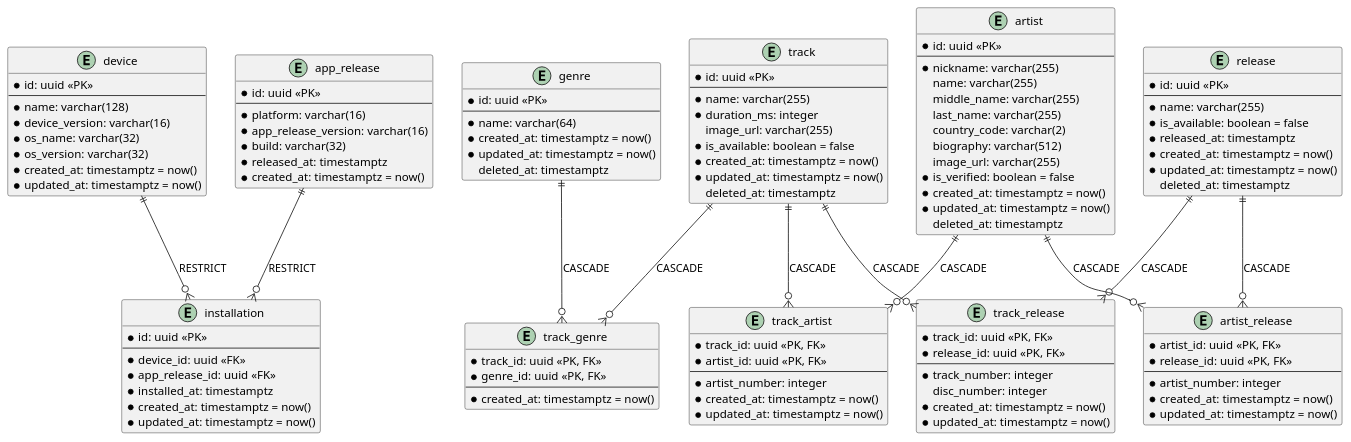
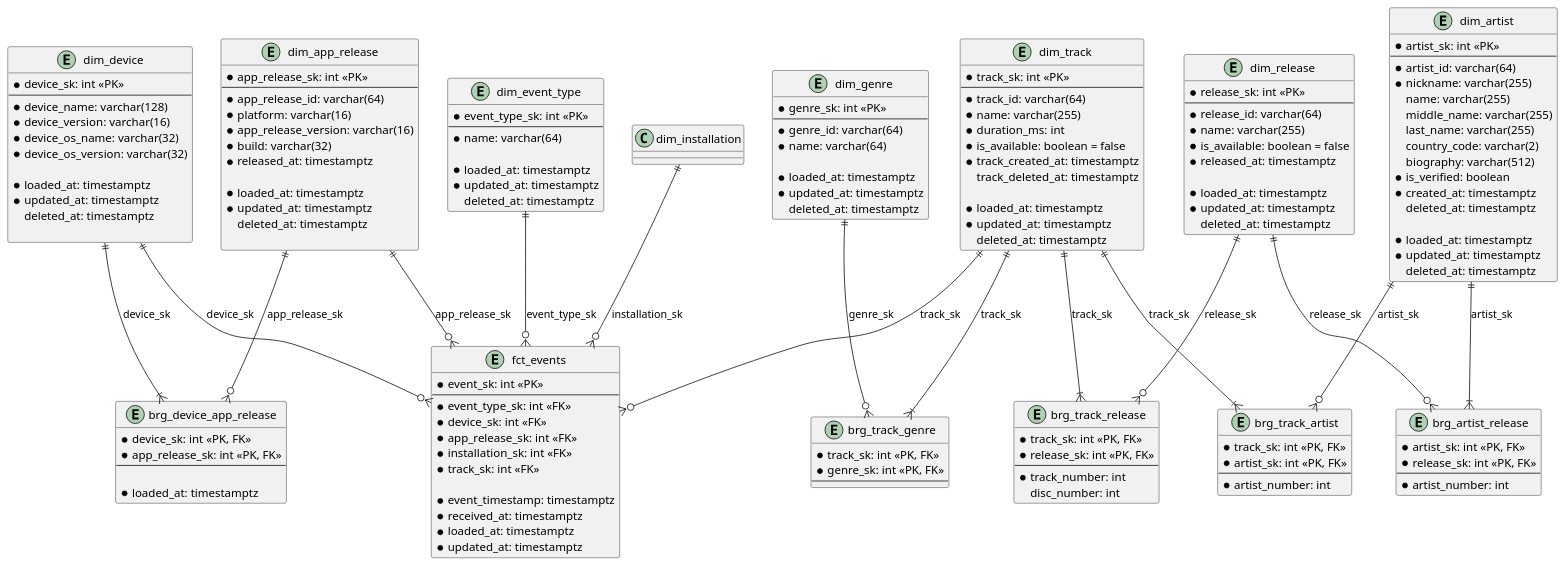
One commit to SINdeletE/music-stream-flow changed the diagram in sql/dwh/docs/ddl.puml. Above: the diagram before and after it, drawn with PlantUML. The commit also changed 1 other file, not shown here.

```diff
--- a/sql/dwh/docs/ddl.puml
+++ b/sql/dwh/docs/ddl.puml
@@ -1,132 +1,176 @@
 @startuml
 
-entity device {
-    * id: uuid <<PK>>
+' Dimentions
+entity dim_device {
+    * device_sk: int <<PK>>
     --
-    * name: varchar(128)
+    * device_name: varchar(128)
     * device_version: varchar(16)
-    * os_name: varchar(32)
-    * os_version: varchar(32)
-    * created_at: timestamptz = now()
-    * updated_at: timestamptz = now()
+    * device_os_name: varchar(32)
+    * device_os_version: varchar(32)
+
+    * loaded_at: timestamptz
+    * updated_at: timestamptz
+    deleted_at: timestamptz
+
 }
 
-entity app_release {
-    * id: uuid <<PK>>
+entity dim_app_release {
+    * app_release_sk: int <<PK>>
     --
+    * app_release_id: varchar(64)
     * platform: varchar(16)
     * app_release_version: varchar(16)
     * build: varchar(32)
     * released_at: timestamptz
-    * created_at: timestamptz = now()
+
+    * loaded_at: timestamptz
+    * updated_at: timestamptz
+    deleted_at: timestamptz
+
 }
 
-entity installation {
-    * id: uuid <<PK>>
+entity dim_track {
+    * track_sk: int <<PK>>
     --
-    * device_id: uuid <<FK>>
-    * app_release_id: uuid <<FK>>
-    * installed_at: timestamptz
-    * created_at: timestamptz = now()
-    * updated_at: timestamptz = now()
-}
+    * track_id: varchar(64)
+    * name: varchar(255)
+    * duration_ms: int
+    * is_available: boolean = false
+    * track_created_at: timestamptz
+    track_deleted_at: timestamptz
 
-entity track {
-    * id: uuid <<PK>>
-    --
-    * name: varchar(255)
-    * duration_ms: integer
-    image_url: varchar(255)
-    * is_available: boolean = false
-    * created_at: timestamptz = now()
-    * updated_at: timestamptz = now()
+    * loaded_at: timestamptz
+    * updated_at: timestamptz
     deleted_at: timestamptz
 }
 
-entity genre {
-    * id: uuid <<PK>>
+entity dim_artist {
+    * artist_sk: int <<PK>>
     --
-    * name: varchar(64)
-    * created_at: timestamptz = now()
-    * updated_at: timestamptz = now()
-    deleted_at: timestamptz
-}
-
-entity artist {
-    * id: uuid <<PK>>
-    --
+    * artist_id: varchar(64)
     * nickname: varchar(255)
     name: varchar(255)
     middle_name: varchar(255)
     last_name: varchar(255)
     country_code: varchar(2)
     biography: varchar(512)
-    image_url: varchar(255)
-    * is_verified: boolean = false
-    * created_at: timestamptz = now()
-    * updated_at: timestamptz = now()
+    * is_verified: boolean
+    * created_at: timestamptz
+    deleted_at: timestamptz
+
+    * loaded_at: timestamptz
+    * updated_at: timestamptz
     deleted_at: timestamptz
 }
 
-entity release {
-    * id: uuid <<PK>>
+entity dim_genre {
+    * genre_sk: int <<PK>>
     --
+    * genre_id: varchar(64)
+    * name: varchar(64)
+
+    * loaded_at: timestamptz
+    * updated_at: timestamptz
+    deleted_at: timestamptz
+}
+
+entity dim_release {
+    * release_sk: int <<PK>>
+    --
+    * release_id: varchar(64)
     * name: varchar(255)
     * is_available: boolean = false
     * released_at: timestamptz
-    * created_at: timestamptz = now()
-    * updated_at: timestamptz = now()
+
+    * loaded_at: timestamptz
+    * updated_at: timestamptz
     deleted_at: timestamptz
 }
 
-entity track_genre {
-    * track_id: uuid <<PK, FK>>
-    * genre_id: uuid <<PK, FK>>
+entity dim_event_type {
+    * event_type_sk: int <<PK>>
     --
-    * created_at: timestamptz = now()
+    * name: varchar(64)
+
+    * loaded_at: timestamptz
+    * updated_at: timestamptz
+    deleted_at: timestamptz
 }
 
-entity track_artist {
-    * track_id: uuid <<PK, FK>>
-    * artist_id: uuid <<PK, FK>>
+' Bridges
+entity brg_device_app_release {
+    * device_sk: int <<PK, FK>>
+    * app_release_sk: int <<PK, FK>>
     --
-    * artist_number: integer
-    * created_at: timestamptz = now()
-    * updated_at: timestamptz = now()
+
+    * loaded_at: timestamptz
 }
 
-entity track_release {
-    * track_id: uuid <<PK, FK>>
-    * release_id: uuid <<PK, FK>>
+entity brg_track_genre {
+    * track_sk: int <<PK, FK>>
+    * genre_sk: int <<PK, FK>>
     --
-    * track_number: integer
-    disc_number: integer
-    * created_at: timestamptz = now()
-    * updated_at: timestamptz = now()
 }
 
-entity artist_release {
-    * artist_id: uuid <<PK, FK>>
-    * release_id: uuid <<PK, FK>>
+entity brg_track_artist {
+    * track_sk: int <<PK, FK>>
+    * artist_sk: int <<PK, FK>>
     --
-    * artist_number: integer
-    * created_at: timestamptz = now()
-    * updated_at: timestamptz = now()
+    * artist_number: int
 }
 
-device ||--o{ installation : RESTRICT
-app_release ||--o{ installation : RESTRICT
+entity brg_track_release {
+    * track_sk: int <<PK, FK>>
+    * release_sk: int <<PK, FK>>
+    --
+    * track_number: int
+    disc_number: int
+}
 
-track ||--o{ track_genre : CASCADE
-genre ||--o{ track_genre : CASCADE
+entity brg_artist_release {
+    * artist_sk: int <<PK, FK>>
+    * release_sk: int <<PK, FK>>
+    --
+    * artist_number: int
+}
 
-track ||--o{ track_artist : CASCADE
-artist ||--o{ track_artist : CASCADE
+' Fact
+entity fct_events {
+    * event_sk: int <<PK>>
+    --
+    * event_type_sk: int <<FK>>
+    * device_sk: int <<FK>>
+    * app_release_sk: int <<FK>>
+    * installation_sk: int <<FK>>
+    * track_sk: int <<FK>>
 
-track ||--o{ track_release : CASCADE
-release ||--o{ track_release : CASCADE
+    * event_timestamp: timestamptz
+    * received_at: timestamptz
+    * loaded_at: timestamptz
+    * updated_at: timestamptz
+}
+' Fact to dimensions (including Unknown / Not applicable members)
+dim_event_type ||--o{ fct_events : event_type_sk
+dim_device ||--o{ fct_events : device_sk
+dim_app_release ||--o{ fct_events : app_release_sk
+dim_installation ||--o{ fct_events : installation_sk
+dim_track ||--o{ fct_events : track_sk
 
-artist ||--o{ artist_release : CASCADE
-release ||--o{ artist_release : CASCADE
+' Dimensions to bridges
+dim_device ||--|{ brg_device_app_release : device_sk
+dim_app_release ||--o{ brg_device_app_release : app_release_sk
+
+dim_track ||--|{ brg_track_genre : track_sk
+dim_genre ||--o{ brg_track_genre : genre_sk
+
+dim_track ||--|{ brg_track_artist : track_sk
+dim_artist ||--o{ brg_track_artist : artist_sk
+
+dim_track ||--|{ brg_track_release : track_sk
+dim_release ||--o{ brg_track_release : release_sk
+
+dim_artist ||--|{ brg_artist_release : artist_sk
+dim_release ||--o{ brg_artist_release : release_sk
 
 @enduml
```
